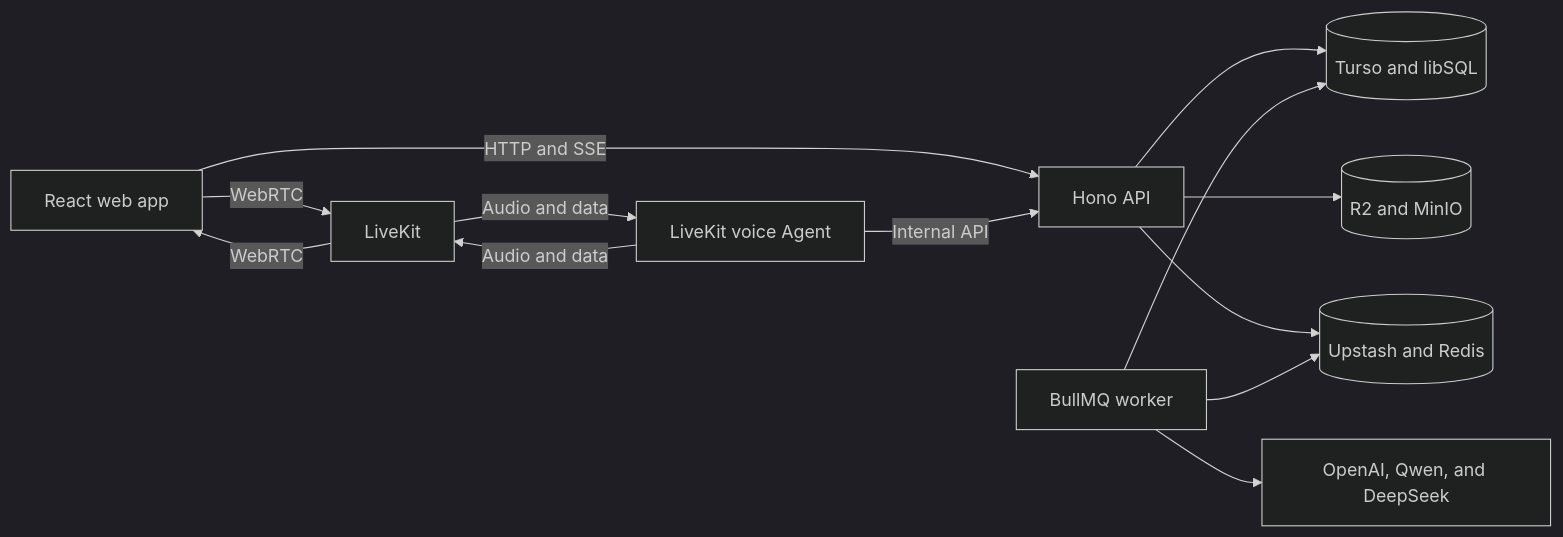
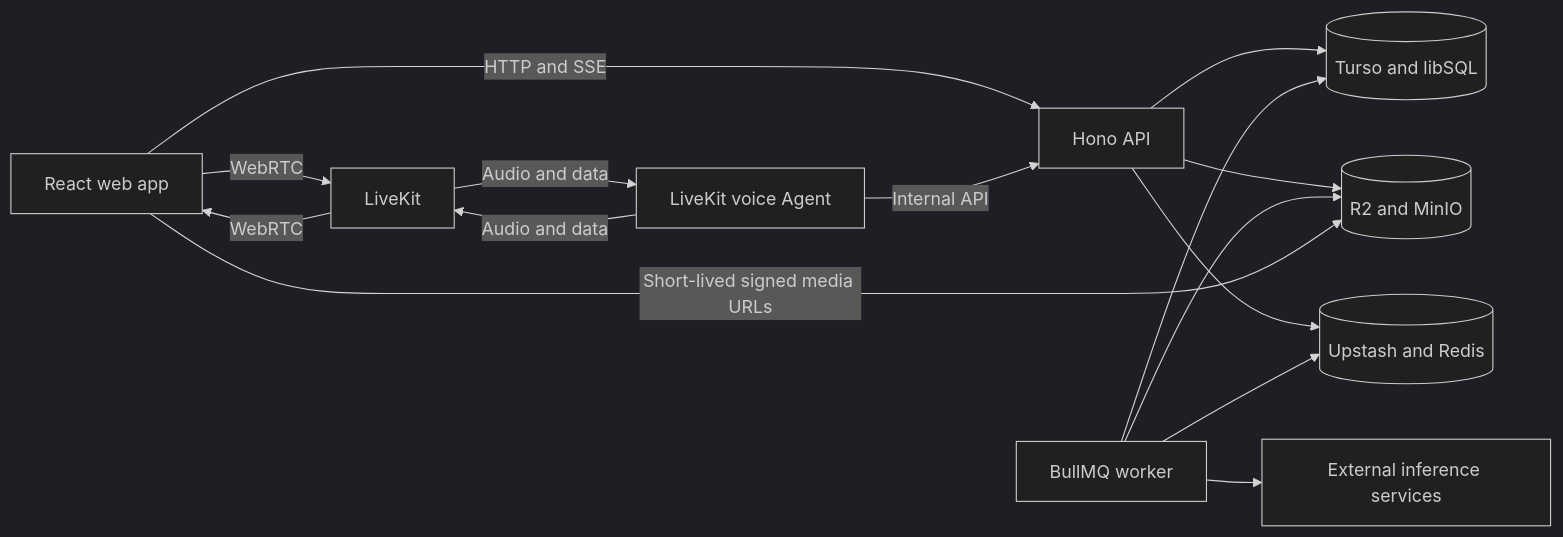
The diagram in README.md (swantrace/english-speaking-coach), drawn with Mermaid (dark theme) before and after one commit. The commit also changed other lines of this file and 13 other files, not shown here.

````diff
--- a/README.md
+++ b/README.md
@@ -42,15 +54,17 @@
 ```mermaid
 graph LR
   Browser[React web app] -->|HTTP and SSE| API[Hono API]
   Browser -->|WebRTC| LiveKit[LiveKit]
   LiveKit -->|WebRTC| Browser
   Agent[LiveKit voice Agent] -->|Audio and data| LiveKit
   LiveKit -->|Audio and data| Agent
   Agent -->|Internal API| API
   API --> Database[(Turso and libSQL)]
   API --> Storage[(R2 and MinIO)]
   API --> Queue[(Upstash and Redis)]
   Worker[BullMQ worker] --> Queue
   Worker --> Database
-  Worker --> Models[OpenAI, Qwen, and DeepSeek]
+  Worker --> Inference[External inference services]
+  Worker --> Storage
+  Browser -->|Short-lived signed media URLs| Storage
 ```
````
